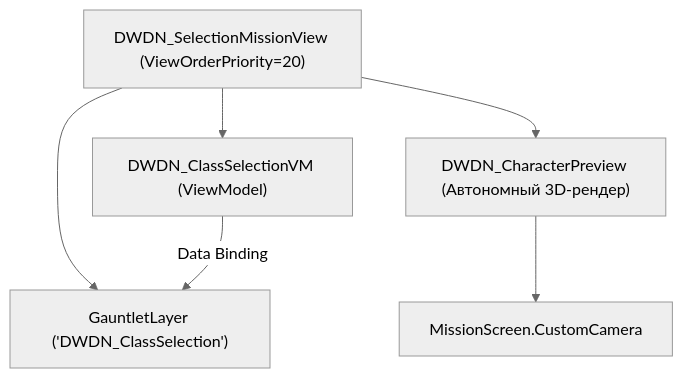
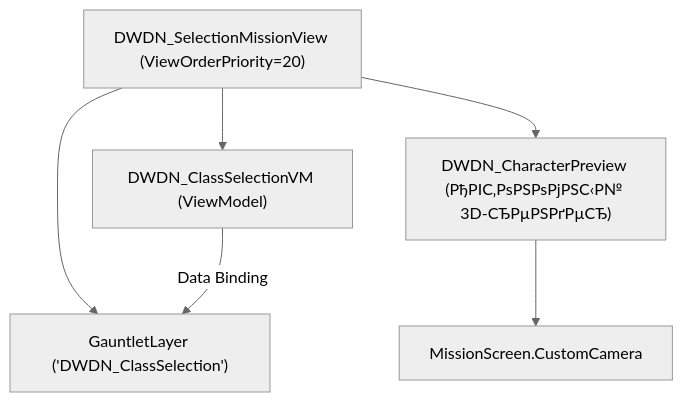
Before and after one commit to Havi-Dorgeir/DWDN_Module: the third of 5 diagrams in AI_MODDING_GUIDE.md, drawn with Mermaid (neutral theme). The commit also changed other lines of this file and 49 other files, not shown here.

````diff
--- a/AI_MODDING_GUIDE.md
+++ b/AI_MODDING_GUIDE.md
@@ -197,14 +197,14 @@
 ```mermaid
 graph TD
     MissionView["DWDN_SelectionMissionView (ViewOrderPriority=20)"]
     GauntletLayer["GauntletLayer ('DWDN_ClassSelection')"]
     VM["DWDN_ClassSelectionVM (ViewModel)"]
-    Preview["DWDN_CharacterPreview (Автономный 3D-рендер)"]
+    Preview["DWDN_CharacterPreview (РђРІС‚РѕРЅРѕРјРЅС‹Р№ 3D-СЂРµРЅРґРµСЂ)"]
     CustomCam["MissionScreen.CustomCamera"]
 
     MissionView --> GauntletLayer
     MissionView --> VM
     MissionView --> Preview
     Preview --> CustomCam
     VM -->|Data Binding| GauntletLayer
 ```
````
